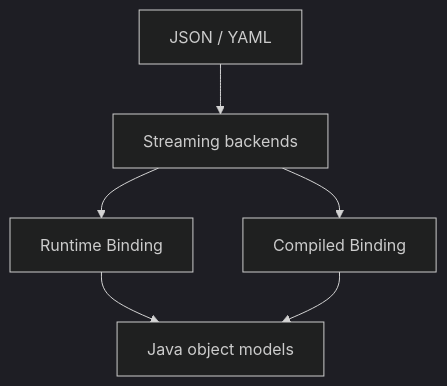
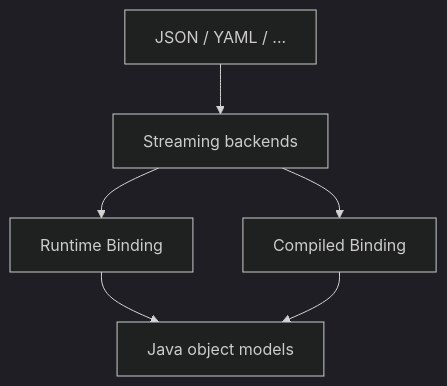
The diagram in docs/backends.md (sjf4j-projects/sjf4j-website), drawn with Mermaid (dark theme) before and after one commit.

Commit message:
docs(backends): show extensible formats in streaming diagram

````diff
--- a/docs/backends.md
+++ b/docs/backends.md
@@ -57,8 +57,8 @@
 ```mermaid
 flowchart TD
-    A["JSON / YAML"] --> B["Streaming backends"]
+    A["JSON / YAML / ..."] --> B["Streaming backends"]
     B --> C["Runtime Binding"]
     B --> D["Compiled Binding"]
     C --> E["Java object models"]
     D --> E
 ```
````
